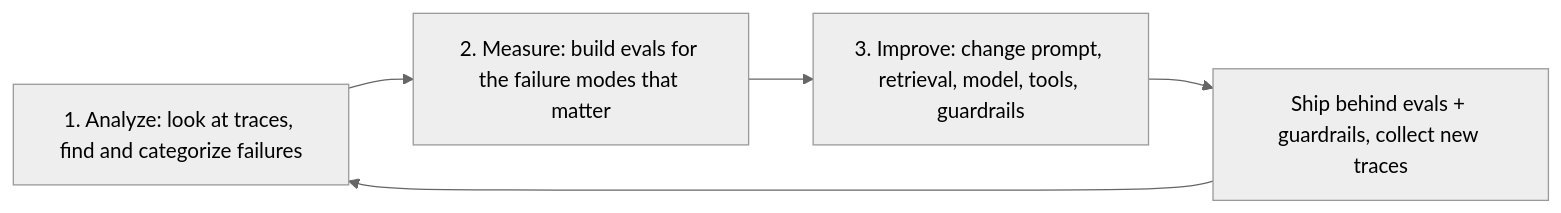
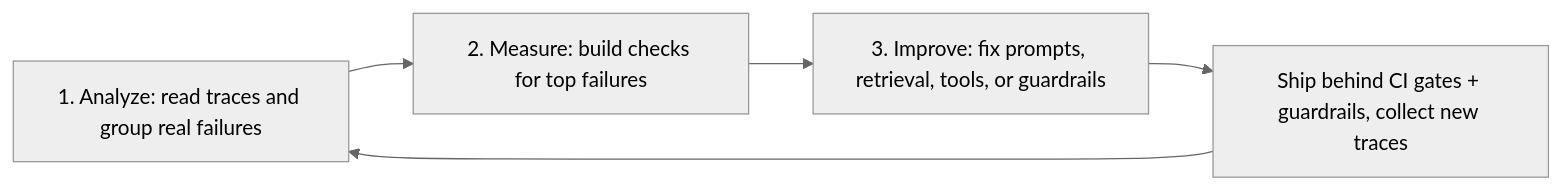
Before and after one commit to Sarangk90/awesome-agent-evals-and-guardrails: the third of 3 diagrams in research/00-foundations/01-why-evals-and-guardrails.md, drawn with Mermaid (neutral theme). The commit also changed other lines of this file and 5 other files, not shown here.

````diff
--- a/research/00-foundations/01-why-evals-and-guardrails.md
+++ b/research/00-foundations/01-why-evals-and-guardrails.md
@@ -167,7 +176,7 @@
 ```mermaid
 flowchart LR
-    A["1. Analyze: look at traces, find and categorize failures"] --> B["2. Measure: build evals for the failure modes that matter"]
-    B --> C["3. Improve: change prompt, retrieval, model, tools, guardrails"]
-    C --> D["Ship behind evals + guardrails, collect new traces"]
+    A["1. Analyze: read traces and group real failures"] --> B["2. Measure: build checks for top failures"]
+    B --> C["3. Improve: fix prompts, retrieval, tools, or guardrails"]
+    C --> D["Ship behind CI gates + guardrails, collect new traces"]
     D --> A
 ```
````
